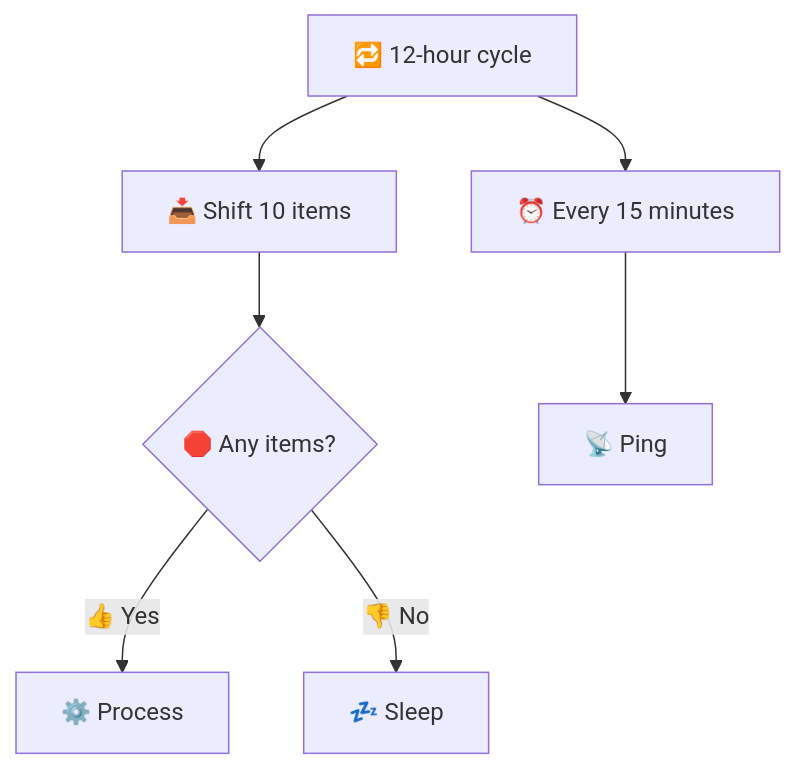
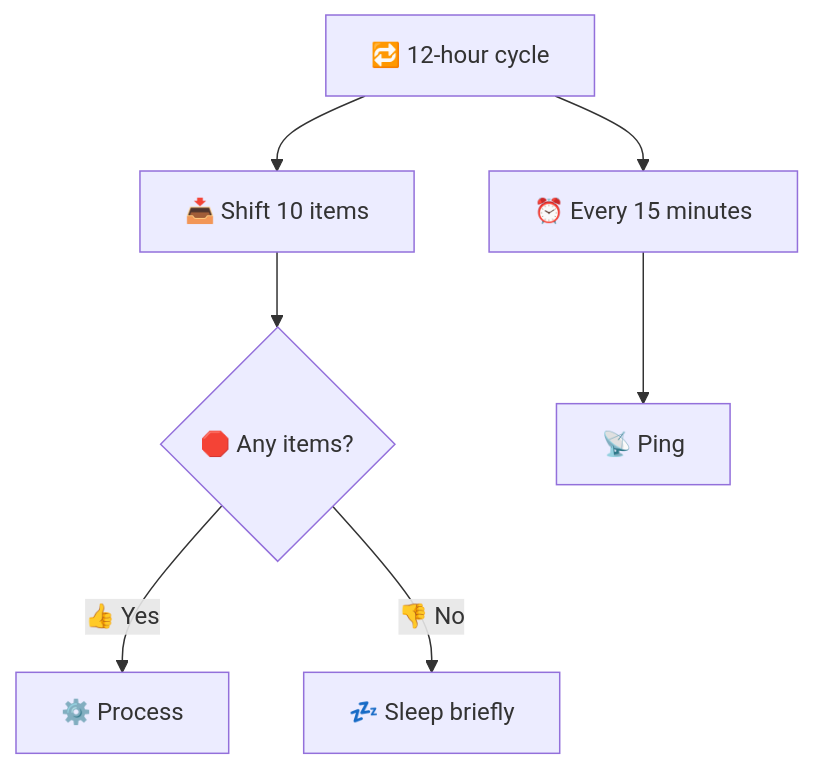
Before and after one commit to vbarbarosh/workflows: the diagram in poll/README.md, drawn with Mermaid.

````diff
--- a/poll/README.md
+++ b/poll/README.md
@@ -22,9 +22,9 @@
 ```mermaid
 flowchart TD
     Main["🔁 12-hour cycle"] --> Shift["📥 Shift 10 items"]
     Shift --> Any{"🛑 Any items?"}
     Any --> |👍 Yes| Process["⚙️ Process"]
-    Any --> |👎 No| Sleep["💤 Sleep"]
+    Any --> |👎 No| Sleep["💤 Sleep briefly"]
     Main --> Timer["⏰ Every 15 minutes"]
     Timer --> Ping["📡 Ping"]
 ```
````
